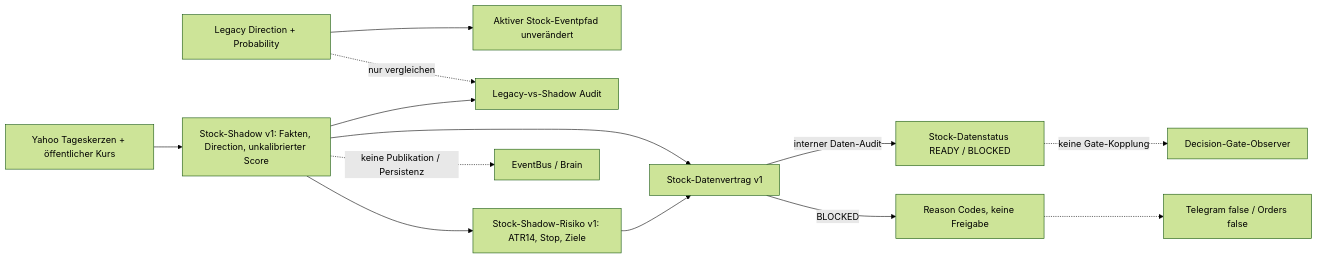
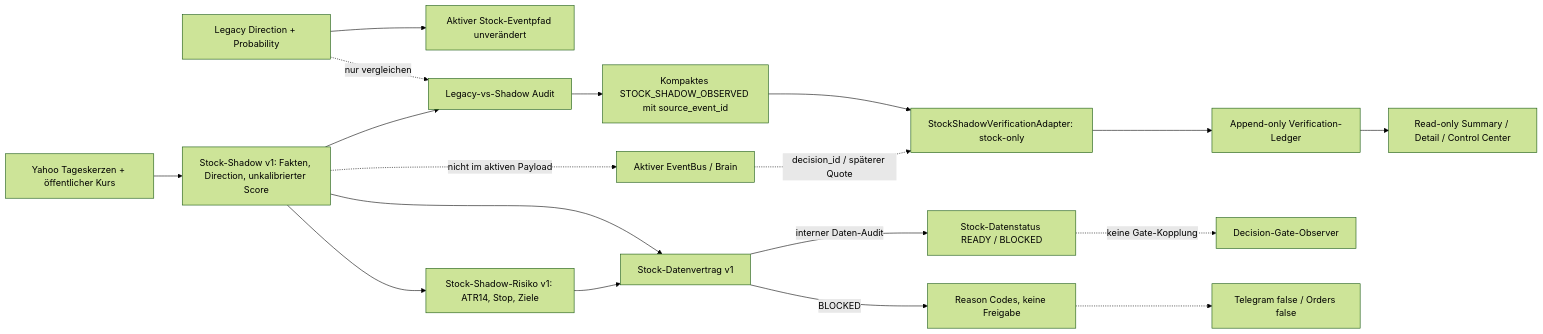
One commit to cRioshy/Pando changed the first of 8 diagrams in docs/ARCHITECTURE.md. Above: the diagram before and after it, drawn with Mermaid (forest theme). The commit also changed other lines of this file and 23 other files, not shown here.

Commit message:
Add stock shadow verification observer

````diff
--- a/docs/ARCHITECTURE.md
+++ b/docs/ARCHITECTURE.md
@@ -9,15 +9,20 @@
 ```mermaid
 flowchart LR
     LEGACY["Legacy Direction + Probability"] --> ACTIVE["Aktiver Stock-Eventpfad unverändert"]
     PROVIDER["Yahoo Tageskerzen + öffentlicher Kurs"] --> SHADOW["Stock-Shadow v1: Fakten, Direction, unkalibrierter Score"]
     LEGACY -. "nur vergleichen" .-> COMPARE["Legacy-vs-Shadow Audit"]
     SHADOW --> COMPARE
     SHADOW --> RISK["Stock-Shadow-Risiko v1: ATR14, Stop, Ziele"]
     SHADOW --> SD["Stock-Datenvertrag v1"]
     RISK --> SD
     SD -->|"interner Daten-Audit"| AUDIT["Stock-Datenstatus READY / BLOCKED"]
     SD -->|"BLOCKED"| DIAG["Reason Codes, keine Freigabe"]
-    SHADOW -. "keine Publikation / Persistenz" .-> BUS["EventBus / Brain"]
+    SHADOW -. "nicht im aktiven Payload" .-> BUS["Aktiver EventBus / Brain"]
+    COMPARE --> OBS["Kompaktes STOCK_SHADOW_OBSERVED mit source_event_id"]
+    OBS --> VERIFY["StockShadowVerificationAdapter: stock-only"]
+    VERIFY --> VLEDGER["Append-only Verification-Ledger"]
+    BUS -. "decision_id / späterer Quote" .-> VERIFY
+    VLEDGER --> VAPI["Read-only Summary / Detail / Control Center"]
     AUDIT -. "keine Gate-Kopplung" .-> GATE["Decision-Gate-Observer"]
     DIAG -.-> SAFE["Telegram false / Orders false"]
 ```
````
